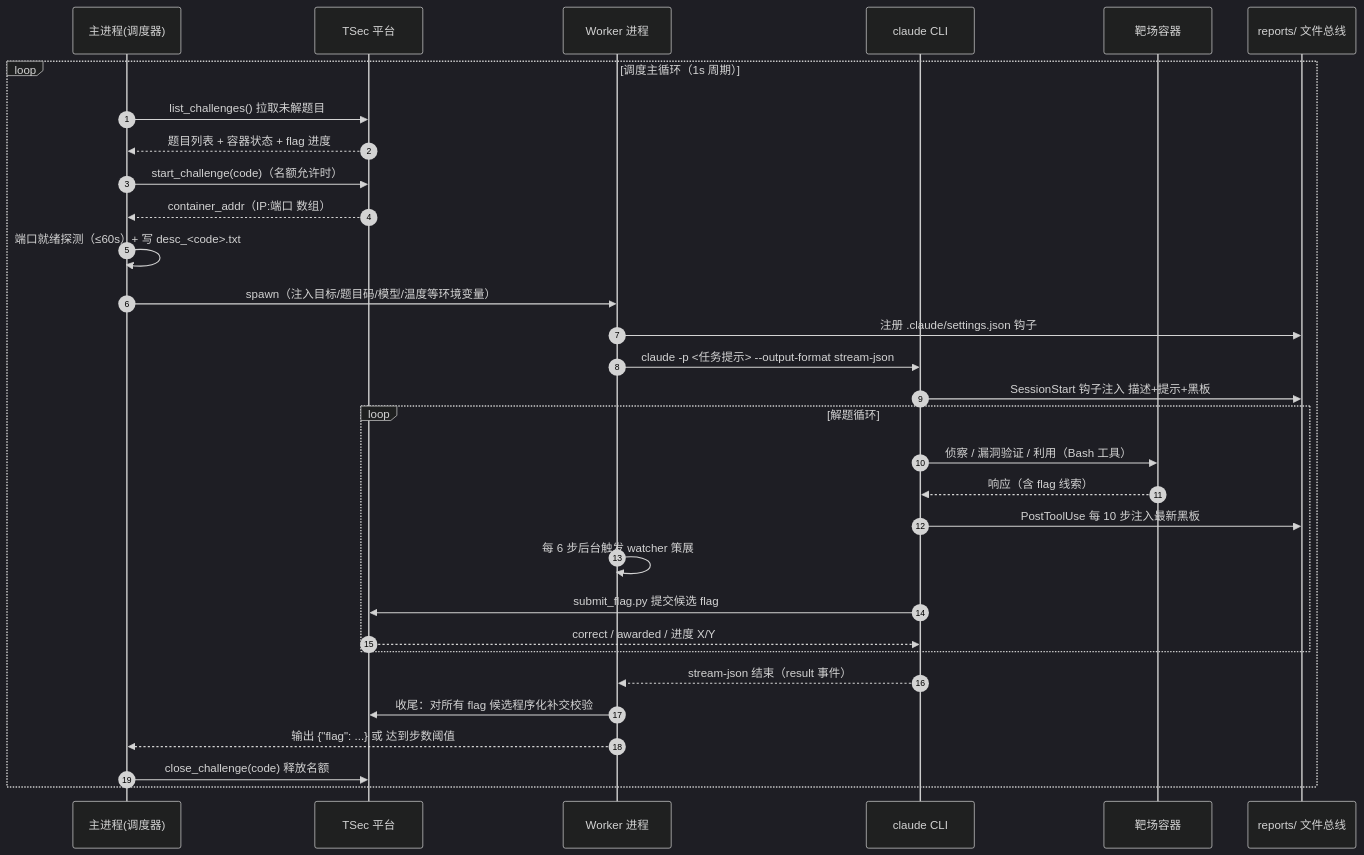
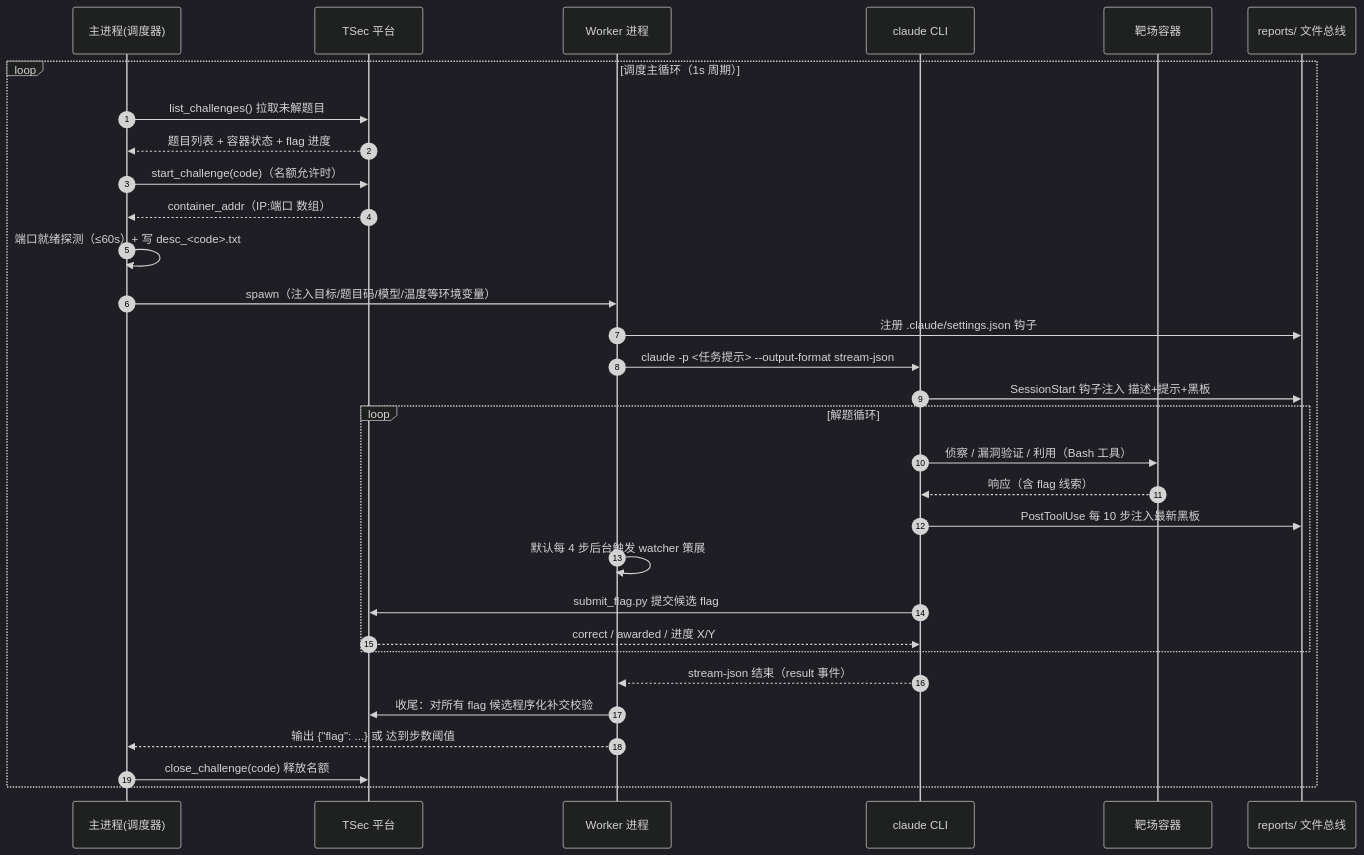
One commit to Cybersecurity-Agents/Cruiser-Agent changed the second of 9 diagrams in doc/TECHNICAL_DESIGN.md. Above: the diagram before and after it, drawn with Mermaid (dark theme). The commit also changed other lines of this file and 2 other files, not shown here.

Commit message:
docs: sync README and design doc with dashboard and watcher changes

````diff
--- a/doc/TECHNICAL_DESIGN.md
+++ b/doc/TECHNICAL_DESIGN.md
@@ -149,34 +154,34 @@
 ```mermaid
 sequenceDiagram
     autonumber
     participant M as 主进程(调度器)
     participant P as TSec 平台
     participant W as Worker 进程
     participant C as claude CLI
     participant R as 靶场容器
     participant F as reports/ 文件总线
 
     loop 调度主循环（1s 周期）
         M->>P: list_challenges() 拉取未解题目
         P-->>M: 题目列表 + 容器状态 + flag 进度
         M->>P: start_challenge(code)（名额允许时）
         P-->>M: container_addr（IP:端口 数组）
         M->>M: 端口就绪探测（≤60s）+ 写 desc_<code>.txt
         M->>W: spawn（注入目标/题目码/模型/温度等环境变量）
         W->>F: 注册 .claude/settings.json 钩子
         W->>C: claude -p <任务提示> --output-format stream-json
         C->>F: SessionStart 钩子注入 描述+提示+黑板
         loop 解题循环
             C->>R: 侦察 / 漏洞验证 / 利用（Bash 工具）
             R-->>C: 响应（含 flag 线索）
             C->>F: PostToolUse 每 10 步注入最新黑板
-            W->>W: 每 6 步后台触发 watcher 策展
+            W->>W: 默认每 4 步后台触发 watcher 策展
             C->>P: submit_flag.py 提交候选 flag
             P-->>C: correct / awarded / 进度 X/Y
         end
         C-->>W: stream-json 结束（result 事件）
         W->>P: 收尾：对所有 flag 候选程序化补交校验
         W-->>M: 输出 {"flag": ...} 或 达到步数阈值
         M->>P: close_challenge(code) 释放名额
     end
 ```
````
